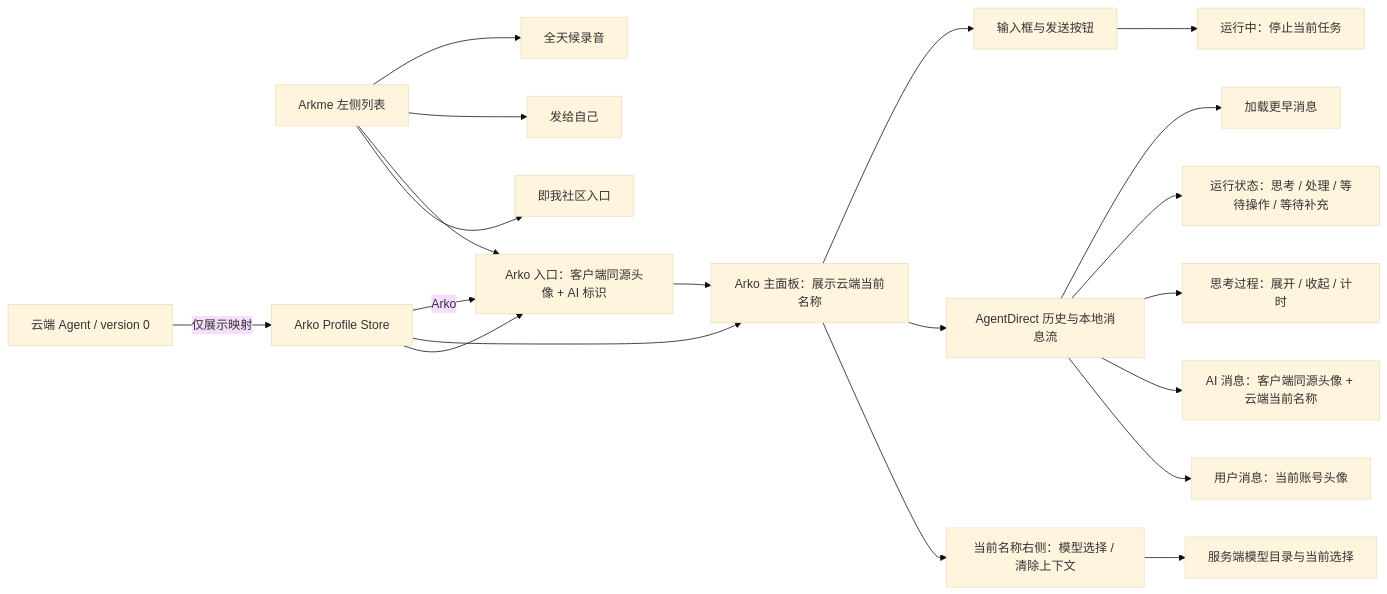
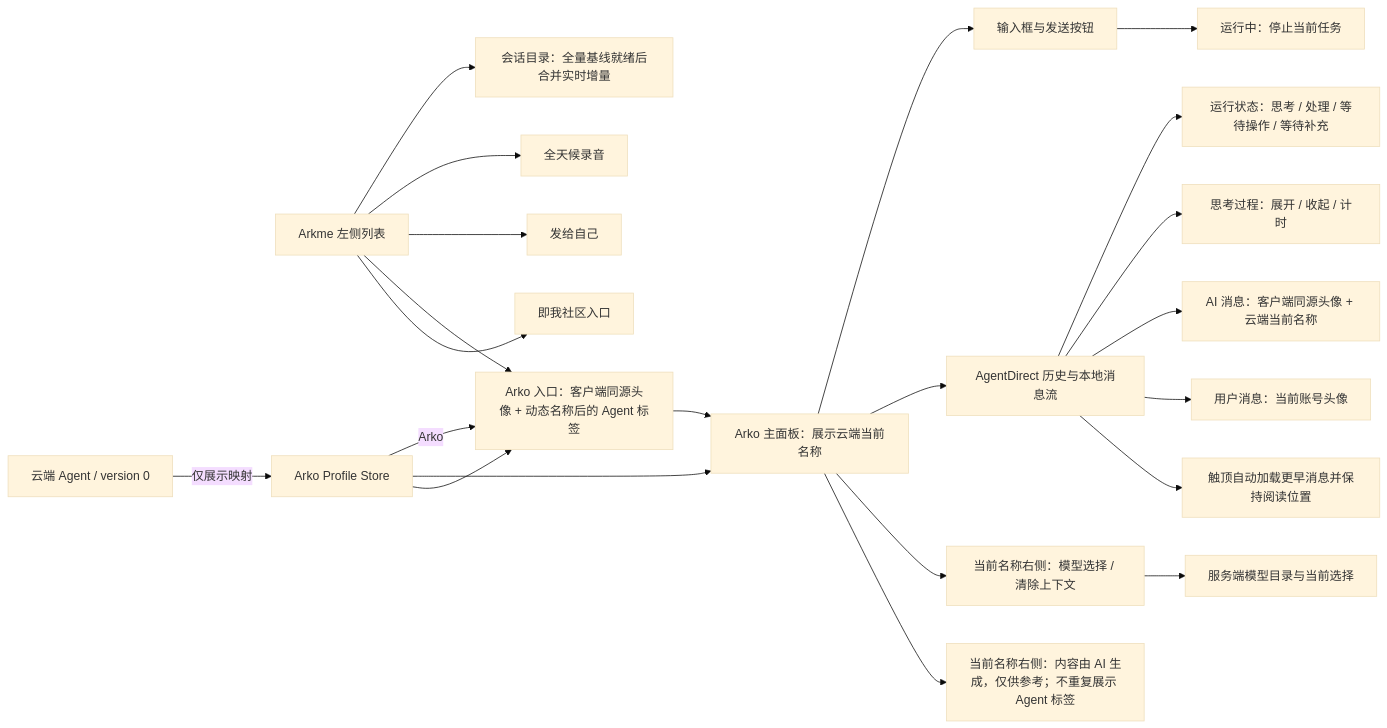
The first of 5 diagrams in docs/superpowers/plans/2026-08-19-arkme-arko-entry.md (arkme-senx/arkme-dsh-plugin), drawn with Mermaid (base theme) before and after one commit. The commit also changed other lines of this file and 13 other files, not shown here.

````diff
--- a/docs/superpowers/plans/2026-08-19-arkme-arko-entry.md
+++ b/docs/superpowers/plans/2026-08-19-arkme-arko-entry.md
@@ -11,22 +11,24 @@
 ```mermaid
 flowchart LR
   Sidebar[Arkme 左侧列表] --> Community[即我社区入口]
-  Sidebar --> Arko[Arko 入口：客户端同源头像 + AI 标识]
+  Sidebar --> Arko[Arko 入口：客户端同源头像 + 动态名称后的 Agent 标签]
   Sidebar --> Self[发给自己]
   Sidebar --> Recording[全天候录音]
+  Sidebar --> Directory[会话目录：全量基线就绪后合并实时增量]
   Arko --> Surface[Arko 主面板：展示云端当前名称]
+  Surface --> Disclaimer[当前名称右侧：内容由 AI 生成，仅供参考；不重复展示 Agent 标签]
   Surface --> Actions[当前名称右侧：模型选择 / 清除上下文]
   Actions --> Models[服务端模型目录与当前选择]
   Surface --> Messages[AgentDirect 历史与本地消息流]
+  Messages --> Earlier[触顶自动加载更早消息并保持阅读位置]
   Messages --> UserAvatar[用户消息：当前账号头像]
   Messages --> ArkoIdentity[AI 消息：客户端同源头像 + 云端当前名称]
   Messages --> Thinking[思考过程：展开 / 收起 / 计时]
   Messages --> Running[运行状态：思考 / 处理 / 等待操作 / 等待补充]
-  Messages --> Earlier[加载更早消息]
   Surface --> Composer[输入框与发送按钮]
   Composer --> Stop[运行中：停止当前任务]
   Profile[Arko Profile Store] --> Arko
   Profile --> Surface
   CloudDefault[云端 Agent / version 0] -->|仅展示映射| Profile
   Profile -->|Arko| Arko
 ```
````
